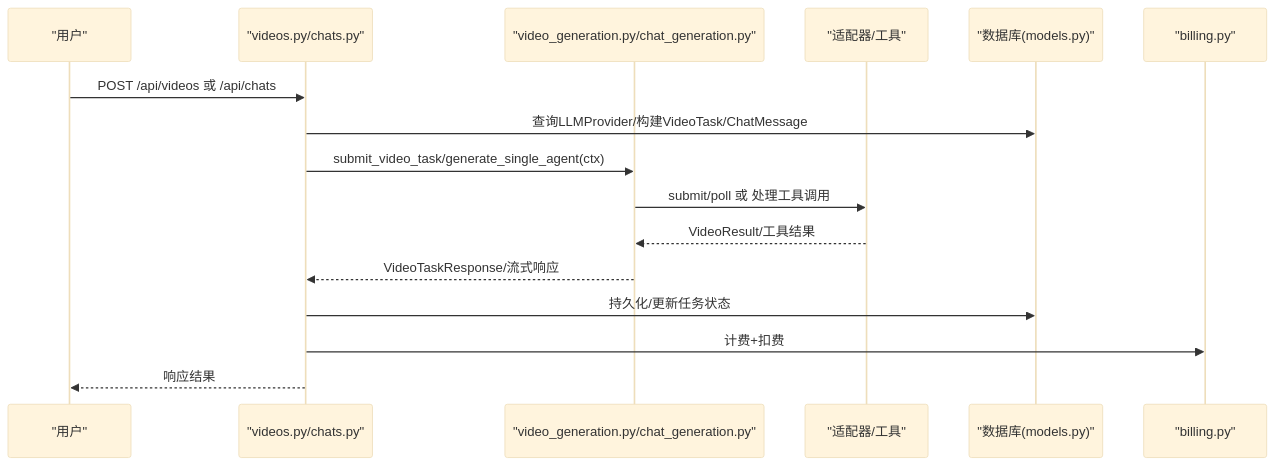
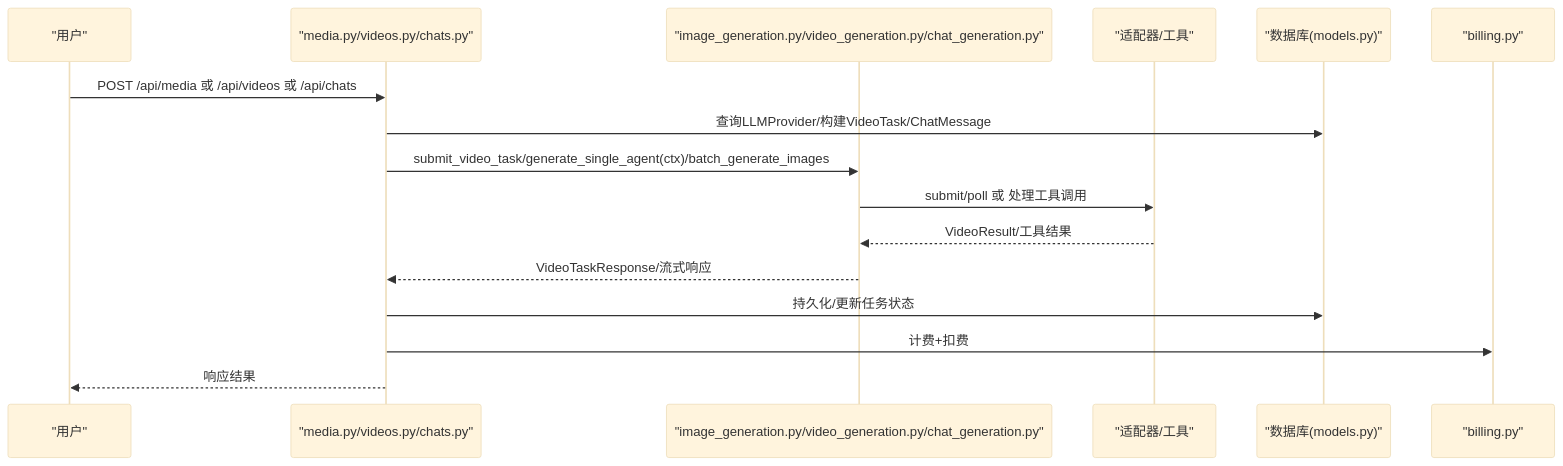
The fifth of 7 diagrams in .qoder/repowiki/zh/content/后端服务架构/业务服务层/媒体生成服务/媒体生成服务.md (KunLabAI/KunFlix), drawn with Mermaid (base theme) before and after one commit. The commit also changed other lines of this file and 10 other files, not shown here.

````diff
--- a/.qoder/repowiki/zh/content/后端服务架构/业务服务层/媒体生成服务/媒体生成服务.md
+++ b/.qoder/repowiki/zh/content/后端服务架构/业务服务层/媒体生成服务/媒体生成服务.md
@@ -289,18 +335,18 @@
 ```mermaid
 sequenceDiagram
 participant U as "用户"
-participant API as "videos.py/chats.py"
-participant F as "video_generation.py/chat_generation.py"
+participant API as "media.py/videos.py/chats.py"
+participant F as "image_generation.py/video_generation.py/chat_generation.py"
 participant AD as "适配器/工具"
 participant DB as "数据库(models.py)"
 participant BL as "billing.py"
-U->>API : POST /api/videos 或 /api/chats
+U->>API : POST /api/media 或 /api/videos 或 /api/chats
 API->>DB : 查询LLMProvider/构建VideoTask/ChatMessage
-API->>F : submit_video_task/generate_single_agent(ctx)
+API->>F : submit_video_task/generate_single_agent(ctx)/batch_generate_images
 F->>AD : submit/poll 或 处理工具调用
 AD-->>F : VideoResult/工具结果
 F-->>API : VideoTaskResponse/流式响应
 API->>DB : 持久化/更新任务状态
 API->>BL : 计费+扣费
 API-->>U : 响应结果
 ```
````
